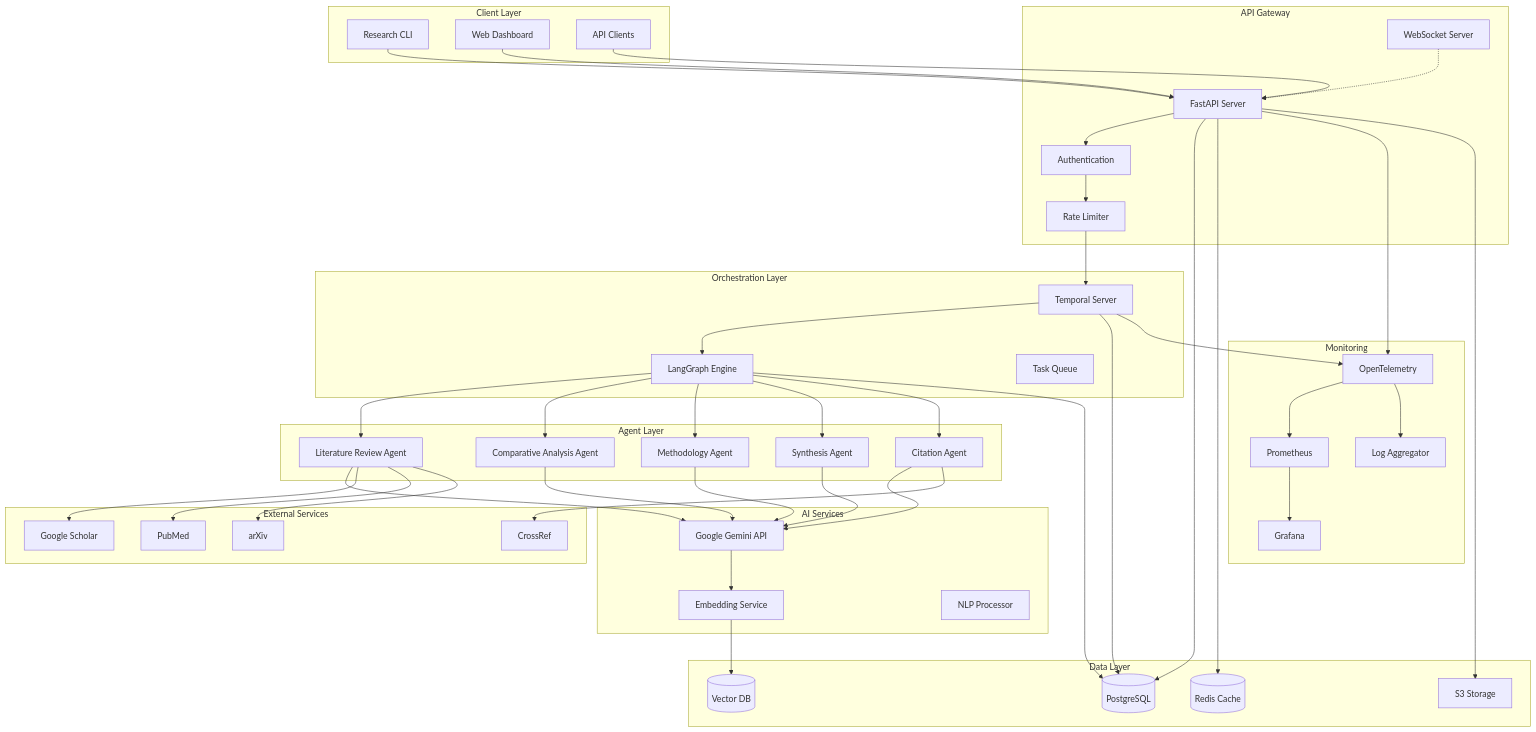
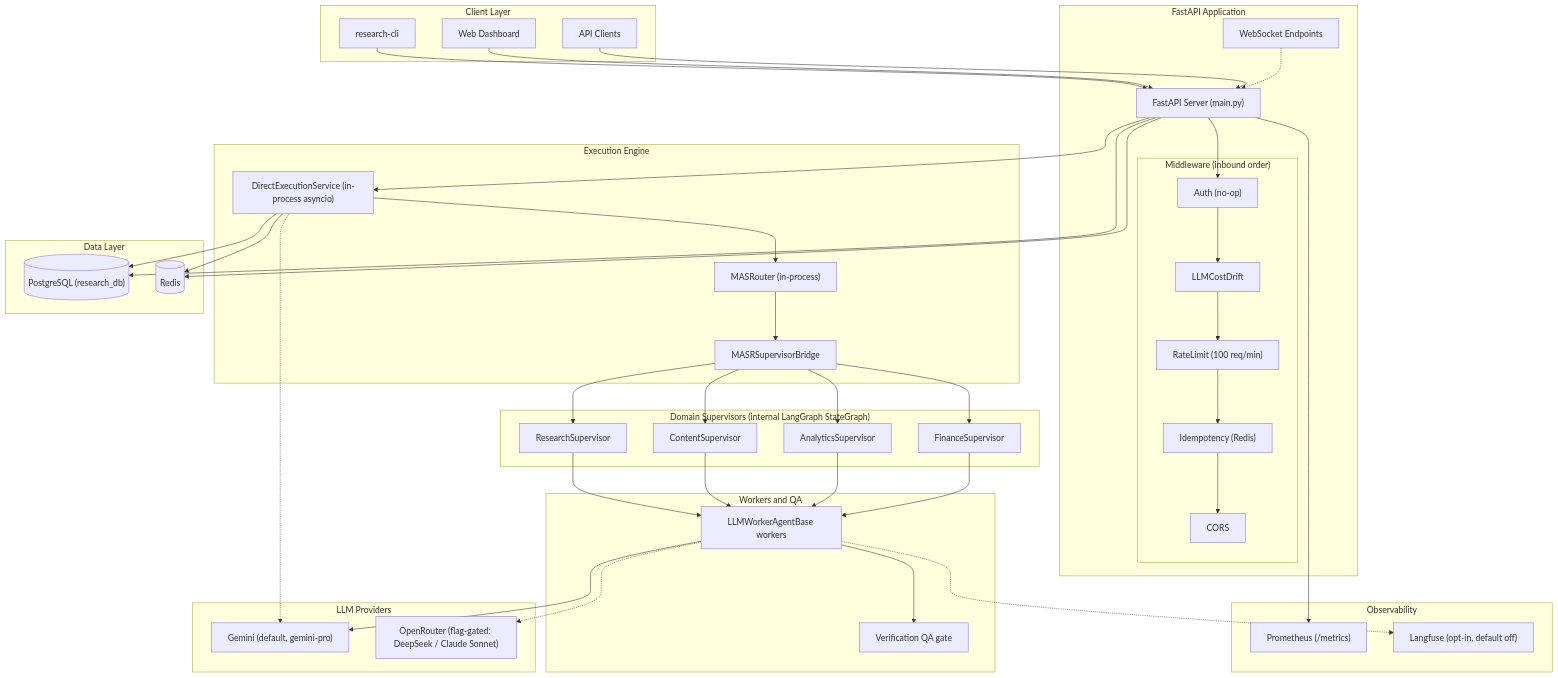
Before and after one commit to jsogarro/cerebro: the first of 8 diagrams in docs/system-architecture-diagrams.md, drawn with Mermaid. The commit also changed other lines of this file and 36 other files, not shown here.

First line of the commit message:
docs: align all documentation with the current architecture

````diff
--- a/docs/system-architecture-diagrams.md
+++ b/docs/system-architecture-diagrams.md
@@ -16,99 +32,90 @@
 ```mermaid
 graph TB
     subgraph "Client Layer"
-        CLI[Research CLI]
-        WEB[Web Dashboard]
-        API_CLIENT[API Clients]
+        CLI["research-cli"]
+        WEB["Web Dashboard"]
+        API_CLIENT["API Clients"]
     end
-    
-    subgraph "API Gateway"
-        FASTAPI[FastAPI Server]
-        WS[WebSocket Server]
-        AUTH[Authentication]
-        RATE[Rate Limiter]
+
+    subgraph "FastAPI Application"
+        FASTAPI["FastAPI Server (main.py)"]
+        WS["WebSocket Endpoints"]
+        subgraph "Middleware (inbound order)"
+            AUTHMW["Auth (no-op)"]
+            DRIFT["LLMCostDrift"]
+            RATE["RateLimit (100 req/min)"]
+            IDEMP["Idempotency (Redis)"]
+            CORS["CORS"]
+        end
     end
-    
-    subgraph "Orchestration Layer"
-        TEMPORAL[Temporal Server]
-        LANGGRAPH[LangGraph Engine]
-        QUEUE[Task Queue]
+
+    subgraph "Execution Engine"
+        DES["DirectExecutionService (in-process asyncio)"]
+        MASR["MASRouter (in-process)"]
+        BRIDGE["MASRSupervisorBridge"]
     end
-    
-    subgraph "Agent Layer"
-        LIT[Literature Review Agent]
-        COMP[Comparative Analysis Agent]
-        METH[Methodology Agent]
-        SYNTH[Synthesis Agent]
-        CIT[Citation Agent]
+
+    subgraph "Domain Supervisors (internal LangGraph StateGraph)"
+        SUP_R["ResearchSupervisor"]
+        SUP_C["ContentSupervisor"]
+        SUP_A["AnalyticsSupervisor"]
+        SUP_F["FinanceSupervisor"]
     end
-    
-    subgraph "AI Services"
-        GEMINI[Google Gemini API]
-        EMBED[Embedding Service]
-        NLP[NLP Processor]
+
+    subgraph "Workers and QA"
+        WORKERS["LLMWorkerAgentBase workers"]
+        VERIFY["Verification QA gate"]
     end
-    
+
+    subgraph "LLM Providers"
+        GEMINI["Gemini (default, gemini-pro)"]
+        OPENROUTER["OpenRouter (flag-gated: DeepSeek / Claude Sonnet)"]
+    end
+
     subgraph "Data Layer"
-        PG[(PostgreSQL)]
-        REDIS[(Redis Cache)]
-        VECTOR[(Vector DB)]
-        S3[S3 Storage]
+        PG[("PostgreSQL (research_db)")]
+        REDIS[("Redis")]
     end
-    
-    subgraph "External Services"
-        SCHOLAR[Google Scholar]
-        PUBMED[PubMed]
-        ARXIV[arXiv]
-        CROSSREF[CrossRef]
+
+    subgraph "Observability"
+        PROM["Prometheus (/metrics)"]
+        LANGFUSE["Langfuse (opt-in, default off)"]
     end
-    
-    subgraph "Monitoring"
-        PROM[Prometheus]
-        GRAF[Grafana]
-        OTEL[OpenTelemetry]
-        LOGS[Log Aggregator]
-    end
-    
+
     CLI --> FASTAPI
     WEB --> FASTAPI
     API_CLIENT --> FASTAPI
-    
-    FASTAPI --> AUTH
-    AUTH --> RATE
-    RATE --> TEMPORAL
-    
-    TEMPORAL --> LANGGRAPH
-    LANGGRAPH --> LIT
-    LANGGRAPH --> COMP
-    LANGGRAPH --> METH
-    LANGGRAPH --> SYNTH
-    LANGGRAPH --> CIT
-    
-    LIT --> GEMINI
-    COMP --> GEMINI
-    METH --> GEMINI
-    SYNTH --> GEMINI
-    CIT --> GEMINI
-    
-    GEMINI --> EMBED
-    EMBED --> VECTOR
-    
-    TEMPORAL --> PG
-    LANGGRAPH --> PG
+
+    FASTAPI --> AUTHMW
+    AUTHMW --> DRIFT
+    DRIFT --> RATE
+    RATE --> IDEMP
+    IDEMP --> CORS
+
+    FASTAPI --> DES
+    DES --> MASR
+    MASR --> BRIDGE
+    BRIDGE --> SUP_R
+    BRIDGE --> SUP_C
+    BRIDGE --> SUP_A
+    BRIDGE --> SUP_F
+
+    SUP_R --> WORKERS
+    SUP_C --> WORKERS
+    SUP_A --> WORKERS
+    SUP_F --> WORKERS
+    WORKERS --> VERIFY
+
+    WORKERS --> GEMINI
+    WORKERS -.-> OPENROUTER
+    DES -.-> GEMINI
+
+    DES --> PG
+    DES --> REDIS
     FASTAPI --> PG
     FASTAPI --> REDIS
-    
-    LIT --> SCHOLAR
-    LIT --> PUBMED
-    LIT --> ARXIV
-    CIT --> CROSSREF
-    
-    FASTAPI --> OTEL
-    TEMPORAL --> OTEL
-    OTEL --> PROM
-    PROM --> GRAF
-    OTEL --> LOGS
-    
+
+    FASTAPI --> PROM
+    WORKERS -.-> LANGFUSE
     WS -.-> FASTAPI
-    FASTAPI --> S3
 ```
````
